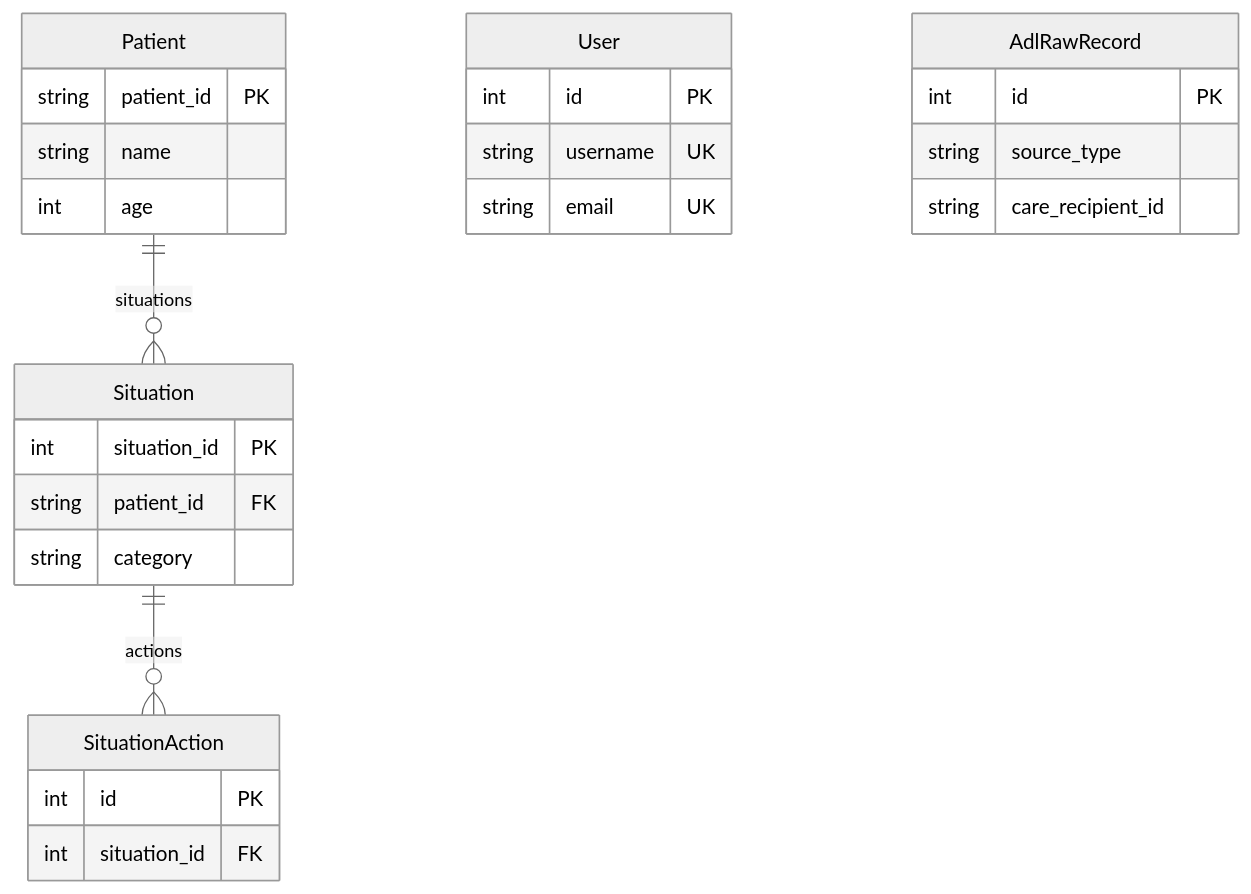
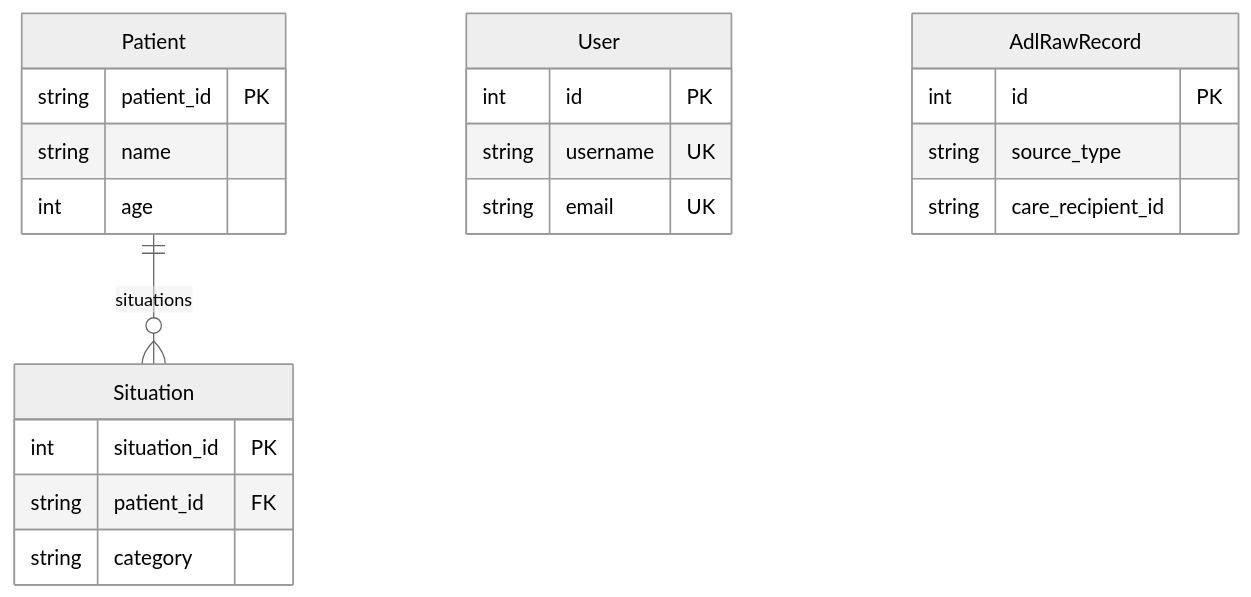
Before and after one commit to greenrain78/salpyeobom-backend: the diagram in docs/database-schema.md, drawn with Mermaid (neutral theme). The commit also changed other lines of this file and 6 other files, not shown here.

First line of the commit message:
refactor: drop situation_actions table entirely

````diff
--- a/docs/database-schema.md
+++ b/docs/database-schema.md
@@ -38,30 +37,25 @@
 ```mermaid
 erDiagram
     Patient ||--o{ Situation : "situations"
-    Situation ||--o{ SituationAction : "actions"
 
     User {
         int id PK
         string username UK
         string email UK
     }
     Patient {
         string patient_id PK
         string name
         int age
     }
     Situation {
         int situation_id PK
         string patient_id FK
         string category
     }
-    SituationAction {
-        int id PK
-        int situation_id FK
-    }
     AdlRawRecord {
         int id PK
         string source_type
         string care_recipient_id
     }
 ```
````
